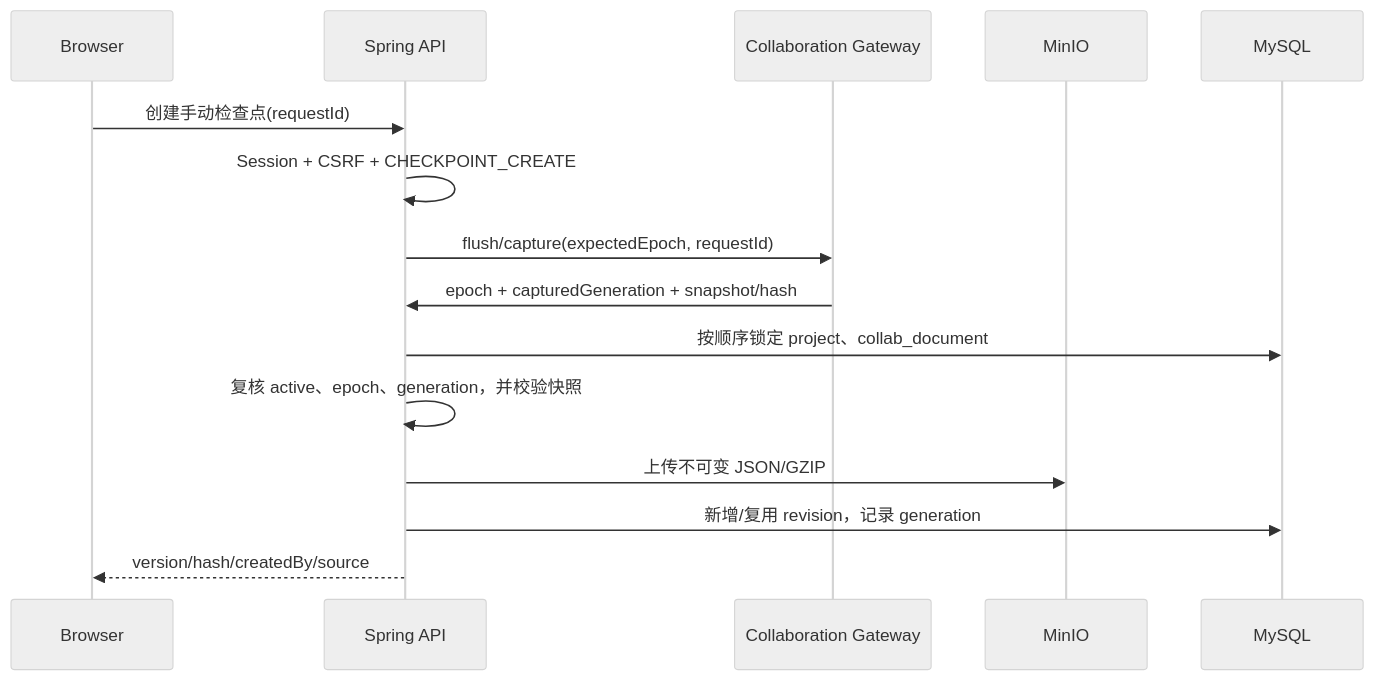
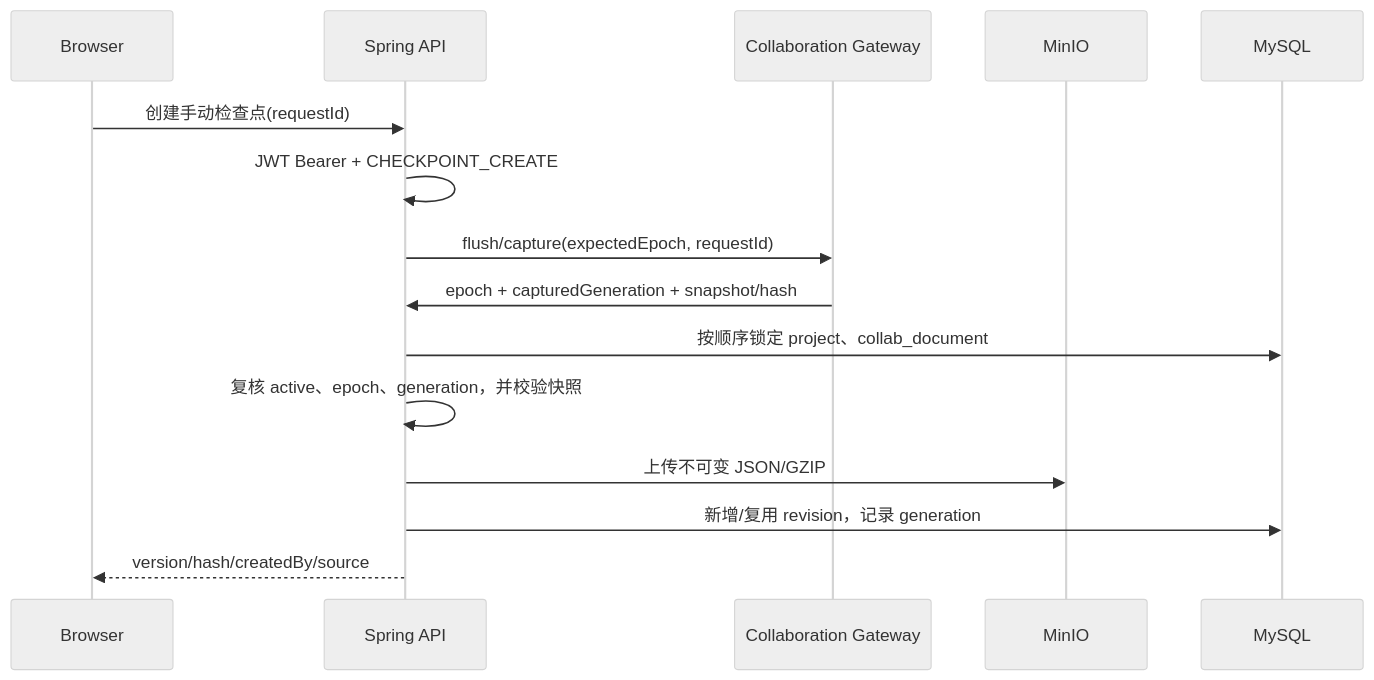
The third of 3 diagrams in docs/V__2/00-overall-plan.md (pl-2005/front-end-editor), drawn with Mermaid (neutral theme) before and after one commit. The commit also changed other lines of this file and 15 other files, not shown here.

````diff
--- a/docs/V__2/00-overall-plan.md
+++ b/docs/V__2/00-overall-plan.md
@@ -421,18 +416,18 @@
 ```mermaid
 sequenceDiagram
     participant B as Browser
     participant A as Spring API
     participant G as Collaboration Gateway
     participant M as MinIO
     participant D as MySQL
 
     B->>A: 创建手动检查点(requestId)
-    A->>A: Session + CSRF + CHECKPOINT_CREATE
+    A->>A: JWT Bearer + CHECKPOINT_CREATE
     A->>G: flush/capture(expectedEpoch, requestId)
     G->>A: epoch + capturedGeneration + snapshot/hash
     A->>D: 按顺序锁定 project、collab_document
     A->>A: 复核 active、epoch、generation，并校验快照
     A->>M: 上传不可变 JSON/GZIP
     A->>D: 新增/复用 revision，记录 generation
     A-->>B: version/hash/createdBy/source
 ```
````
